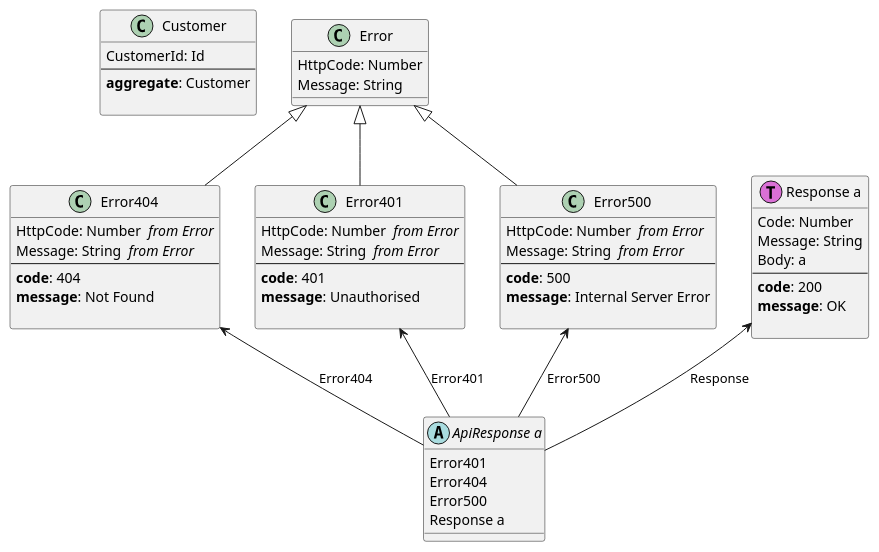
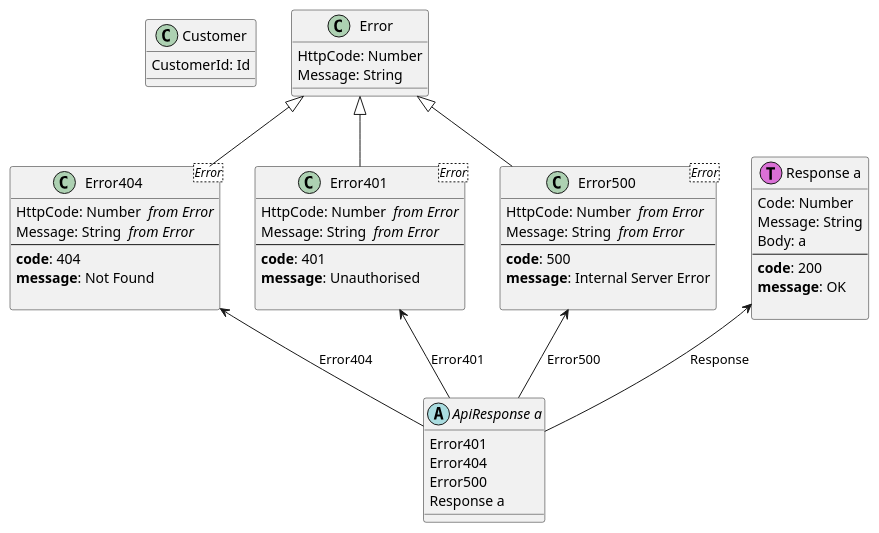
Before and after one commit to Baudin999/car-lang: the diagram in Examples/.out/v0.0.1/Request/Request.puml, drawn with PlantUML. The commit also changed 39 other files, not shown here.

```diff
--- a/Examples/.out/v0.0.1/Request/Request.puml
+++ b/Examples/.out/v0.0.1/Request/Request.puml
@@ -1,56 +1,53 @@
 class "Customer" as Customer  {
 	CustomerId: Id 
---
-  <b>aggregate</b>: Customer
-    
 }
 class "Error" as Error  {
 	HttpCode: Number 
 	Message: String 
 }
-class "Error404 " as Error404  {
+class "Error404 " as Error404 <Error> {
 	HttpCode: Number  <i>from Error</i>
 	Message: String  <i>from Error</i>
 --
   <b>code</b>: 404
 <b>message</b>: Not Found
     
 }
 Error <|-- Error404
-class "Error401 " as Error401  {
+class "Error401 " as Error401 <Error> {
 	HttpCode: Number  <i>from Error</i>
 	Message: String  <i>from Error</i>
 --
   <b>code</b>: 401
 <b>message</b>: Unauthorised
     
 }
 Error <|-- Error401
-class "Error500 " as Error500  {
+class "Error500 " as Error500 <Error> {
 	HttpCode: Number  <i>from Error</i>
 	Message: String  <i>from Error</i>
 --
   <b>code</b>: 500
 <b>message</b>: Internal Server Error
     
 }
 Error <|-- Error500
 class "Response a" as Response << (T,orchid) >> {
 	Code: Number 
 	Message: String 
 	Body: a 
 --
   <b>code</b>: 200
 <b>message</b>: OK
     
 }
 abstract "ApiResponse a" as ApiResponse {
 	Error401 
 	Error404 
 	Error500 
 	Response a
 }
 Error401 <-- ApiResponse : Error401
 Error404 <-- ApiResponse : Error404
 Error500 <-- ApiResponse : Error500
 Response <-- ApiResponse : Response
```
